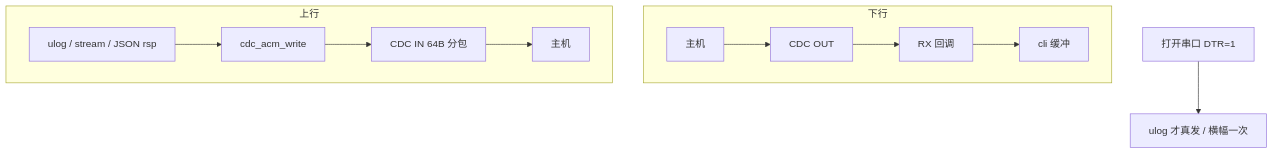
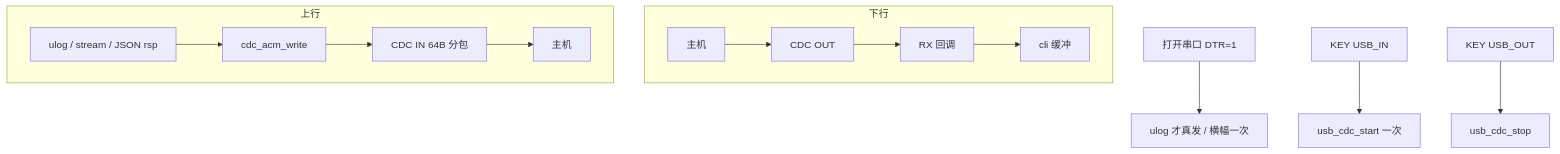
Before and after one commit to fenglong2018/MB-A01-PRO: the diagram in services/usb/flow.md, drawn with Mermaid. The commit also changed other lines of this file and 86 other files, not shown here.

````diff
--- a/services/usb/flow.md
+++ b/services/usb/flow.md
@@ -5,14 +5,16 @@
 ```mermaid
 flowchart TD
   subgraph 下行
     PC1[主机] --> OUT[CDC OUT]
     OUT --> CB[RX 回调]
     CB --> CLI[cli 缓冲]
   end
   subgraph 上行
     W1[ulog / stream / JSON rsp] --> W[cdc_acm_write]
     W --> IN[CDC IN 64B 分包]
     IN --> PC2[主机]
   end
   DTR[打开串口 DTR=1] --> LOG[ulog 才真发 / 横幅一次]
+  KIN[KEY USB_IN] --> ST[usb_cdc_start 一次]
+  KOUT[KEY USB_OUT] --> SP[usb_cdc_stop]
 ```
````
